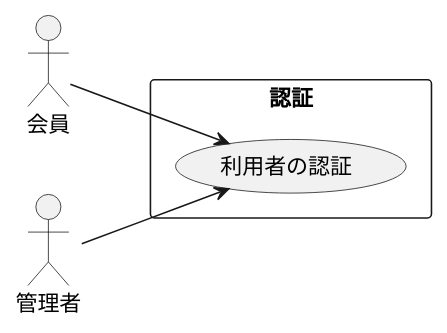
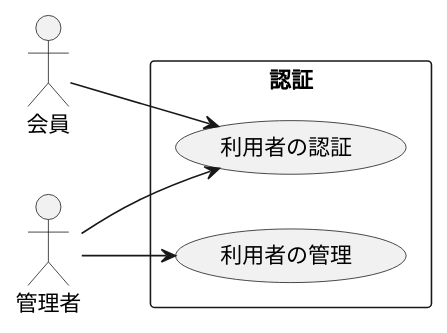
Diagram 19 of 20 in docs/index.adoc (k2works/case-study-mrs), drawn with PlantUML before and after one commit. The commit also changed other lines of this file and 2 other files, not shown here.

Commit message:
feat: 利用者の管理

```diff
--- a/docs/index.adoc
+++ b/docs/index.adoc
@@ -611,13 +651,15 @@
 [plantuml]
 ----
 @startuml
 left to right direction
 actor "会員" as member
 actor "管理者" as admin
 rectangle 認証 {
   usecase "利用者の認証" as UC1
+  usecase "利用者の管理" as UC2
 }
 member --> UC1
 admin --> UC1
+admin --> UC2
 @enduml
 ----
```
